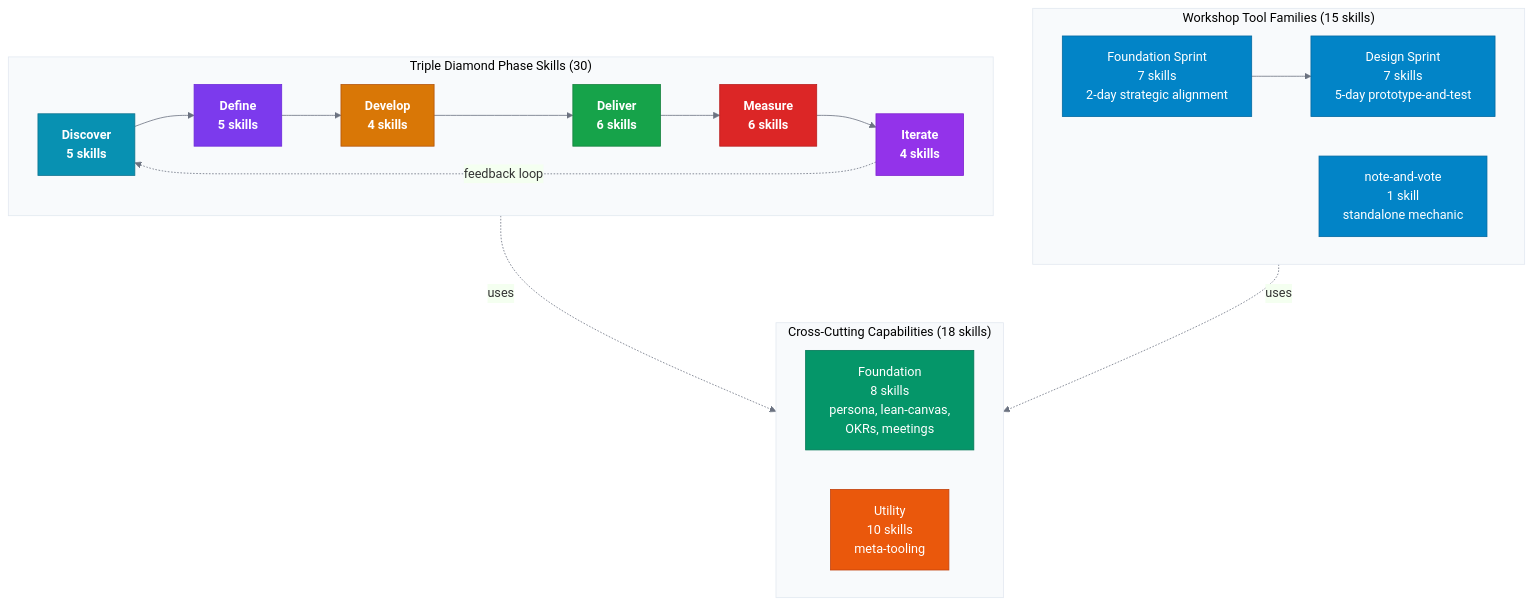
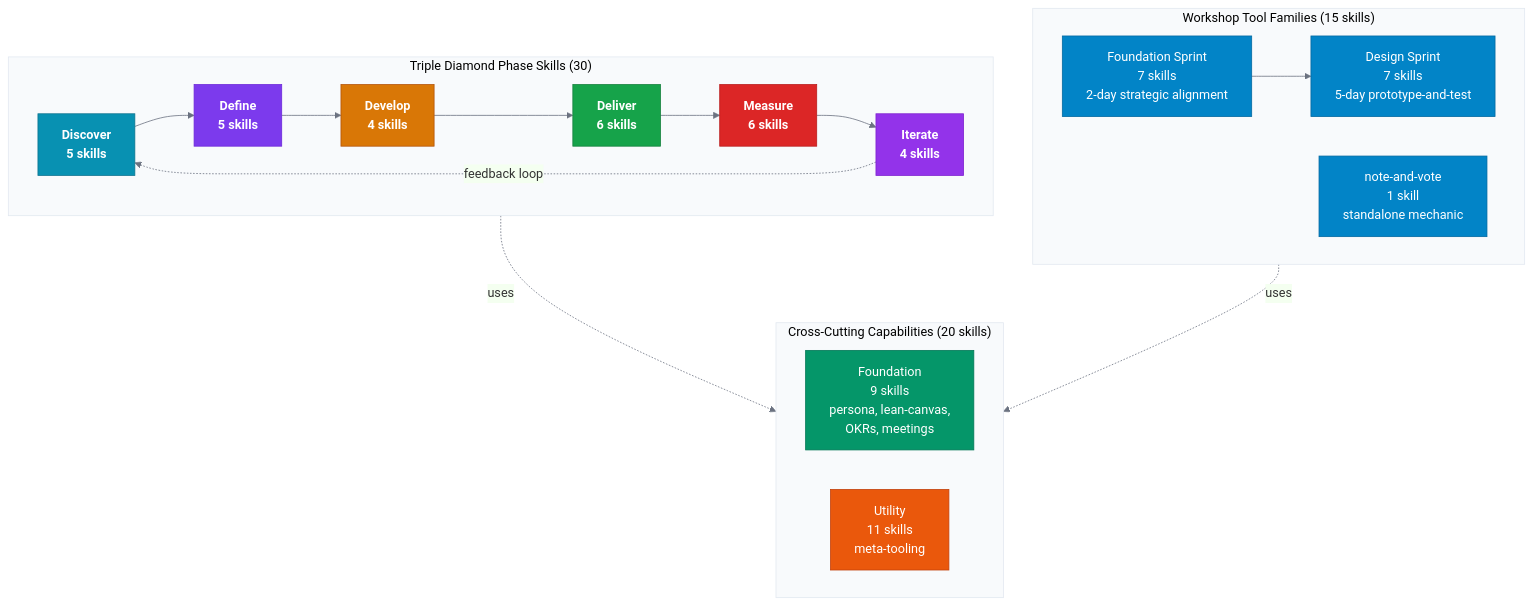
The third of 6 diagrams in README.md (product-on-purpose/pm-skills), drawn with Mermaid before and after one commit. The commit also changed other lines of this file and 54 other files, not shown here.

````diff
--- a/README.md
+++ b/README.md
@@ -554,43 +563,43 @@
 ```mermaid
 %%{init: {'theme': 'base', 'themeVariables': {'primaryColor': '#f0f4ff', 'primaryBorderColor': '#c7d2fe', 'lineColor': '#6b7280', 'clusterBkg': '#f8fafc', 'clusterBorder': '#e2e8f0'}}}%%
 flowchart TB
     classDef discover fill:#0891b2,stroke:#0e7490,color:#fff,font-weight:bold
     classDef define fill:#7c3aed,stroke:#6d28d9,color:#fff,font-weight:bold
     classDef develop fill:#d97706,stroke:#b45309,color:#fff,font-weight:bold
     classDef deliver fill:#16a34a,stroke:#15803d,color:#fff,font-weight:bold
     classDef measure fill:#dc2626,stroke:#b91c1c,color:#fff,font-weight:bold
     classDef iterate fill:#9333ea,stroke:#7e22ce,color:#fff,font-weight:bold
     classDef tool fill:#0284c7,stroke:#0369a1,color:#fff
     classDef foundation fill:#059669,stroke:#047857,color:#fff
     classDef utility fill:#ea580c,stroke:#c2410c,color:#fff
 
     subgraph PHASE["Triple Diamond Phase Skills (30)"]
         direction LR
         DI["Discover<br/>5 skills"]:::discover
         DE["Define<br/>5 skills"]:::define
         DEV["Develop<br/>4 skills"]:::develop
         DEL["Deliver<br/>6 skills"]:::deliver
         ME["Measure<br/>6 skills"]:::measure
         IT["Iterate<br/>4 skills"]:::iterate
 
         DI --> DE --> DEV --> DEL --> ME --> IT
         IT -."feedback loop".-> DI
     end
 
     subgraph WORKSHOP["Workshop Tool Families (15 skills)"]
         direction LR
         FS["Foundation Sprint<br/>7 skills<br/>2-day strategic alignment"]:::tool
         DS["Design Sprint<br/>7 skills<br/>5-day prototype-and-test"]:::tool
         NV["note-and-vote<br/>1 skill<br/>standalone mechanic"]:::tool
         FS --> DS
     end
 
-    subgraph SUPPORT["Cross-Cutting Capabilities (18 skills)"]
+    subgraph SUPPORT["Cross-Cutting Capabilities (20 skills)"]
         direction LR
-        FOUND["Foundation<br/>8 skills<br/>persona, lean-canvas,<br/>OKRs, meetings"]:::foundation
-        UTIL["Utility<br/>10 skills<br/>meta-tooling"]:::utility
+        FOUND["Foundation<br/>9 skills<br/>persona, lean-canvas,<br/>OKRs, meetings"]:::foundation
+        UTIL["Utility<br/>11 skills<br/>meta-tooling"]:::utility
     end
 
     PHASE -.uses.-> SUPPORT
     WORKSHOP -.uses.-> SUPPORT
 ```
````
